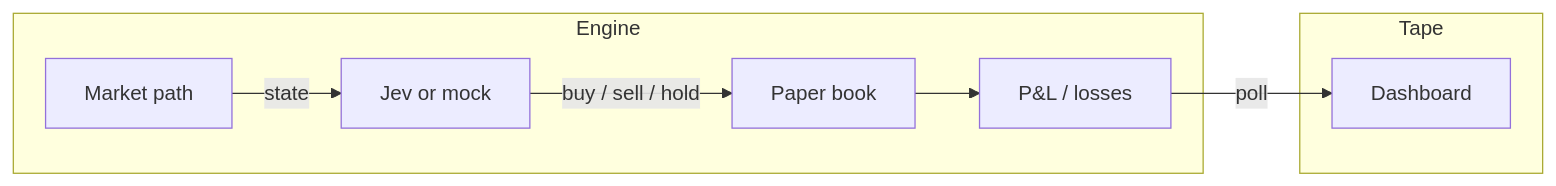
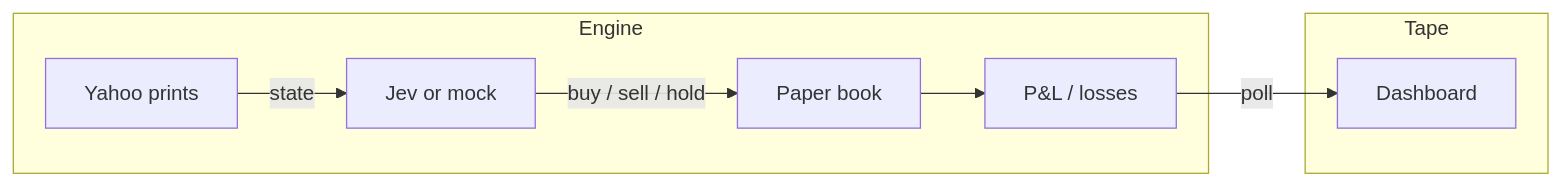
Before and after one commit to erboland/jev-fund: the diagram in README.md, drawn with Mermaid. The commit also changed other lines of this file, not shown here.

Commit message:
Rewrite README around real Yahoo Finance marks

````diff
--- a/README.md
+++ b/README.md
@@ -131,16 +133,16 @@
 ```mermaid
 flowchart LR
   subgraph Tape
     D[Dashboard]
   end
   subgraph Engine
-    M[Market path]
+    M[Yahoo prints]
     J[Jev or mock]
     B[Paper book]
     P[P&L / losses]
   end
   M -->|state| J
   J -->|buy / sell / hold| B
   B --> P
   P -->|poll| D
 ```
````
